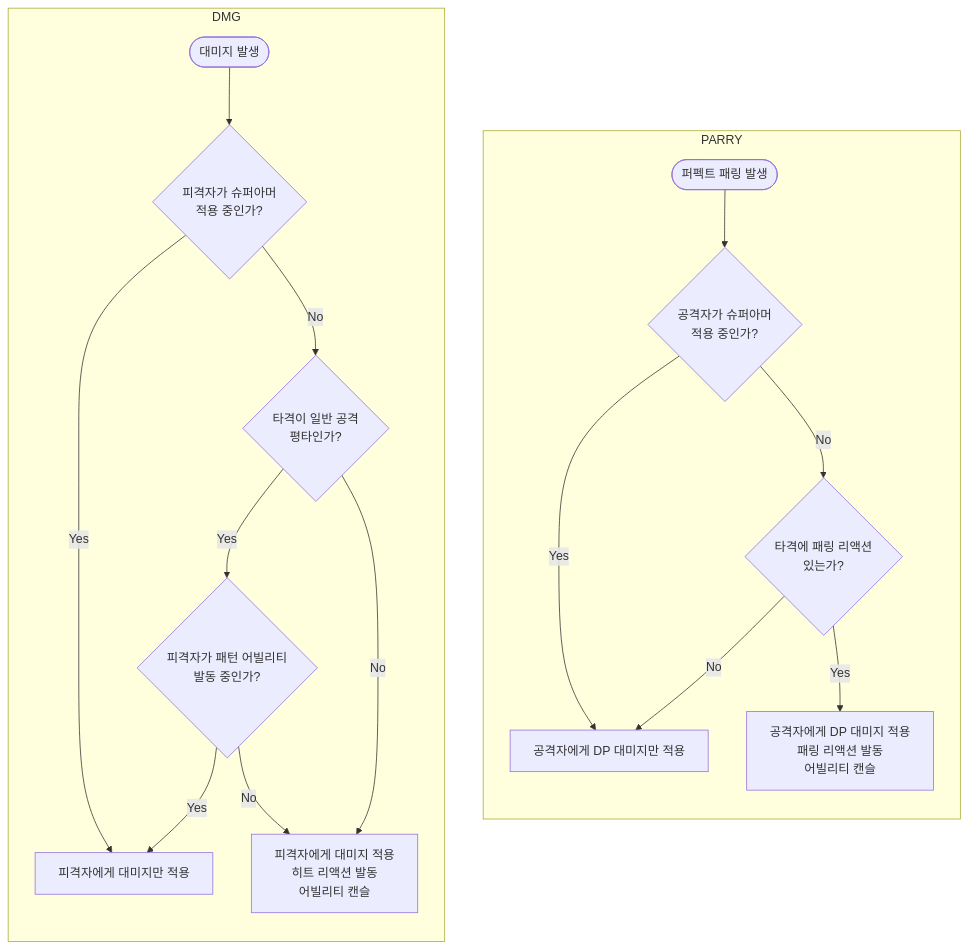
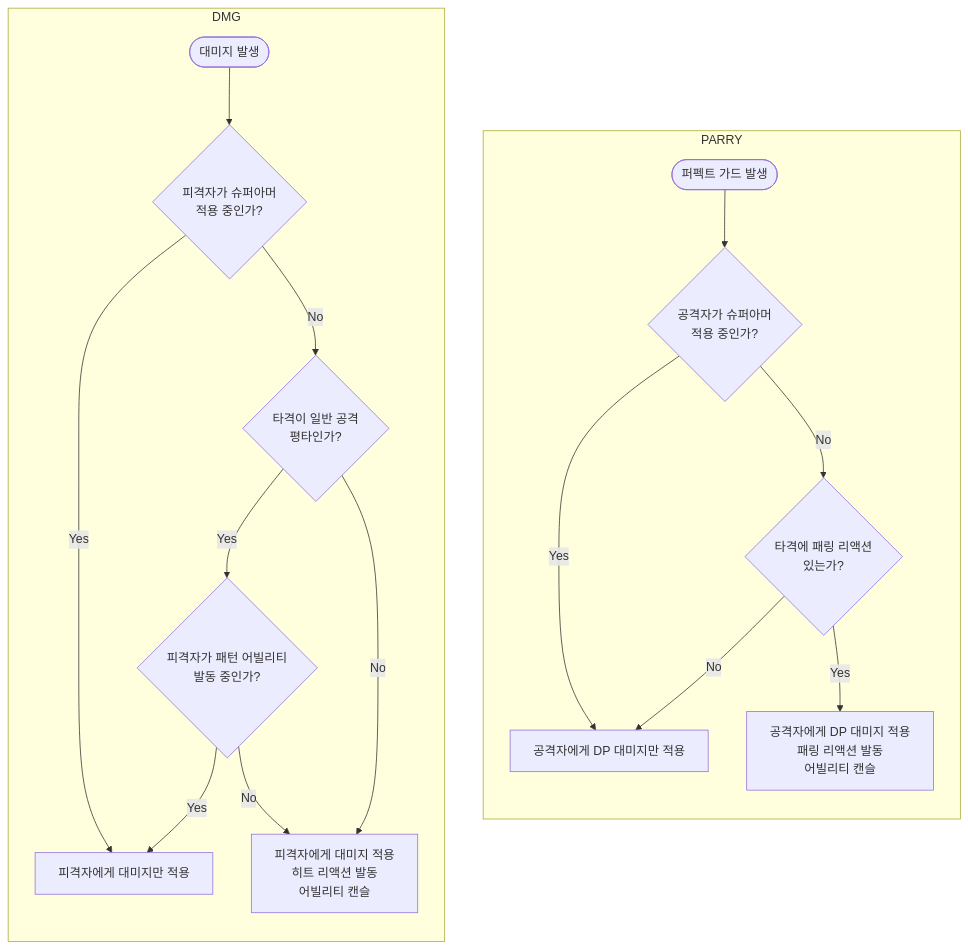
The diagram in Docs/Meeting/hit_react_feedback_2nd.md (Woogl/ProjectWx), drawn with Mermaid before and after one commit.

Commit message:
퍼펙트 가드로 용어 수정

````diff
--- a/Docs/Meeting/hit_react_feedback_2nd.md
+++ b/Docs/Meeting/hit_react_feedback_2nd.md
@@ -122,23 +122,23 @@
 ```mermaid
 flowchart TD
   subgraph PARRY
     direction TD
-    E2([퍼펙트 패링 발생]):::entry --> Q4{공격자가 슈퍼아머<br/>적용 중인가?}:::branch
+    E2([퍼펙트 가드 발생]):::entry --> Q4{공격자가 슈퍼아머<br/>적용 중인가?}:::branch
     Q4 -- Yes --> RD2[공격자에게 DP 대미지만 적용]:::damageOnly
     Q4 -- No --> Q5{타격에 패링 리액션<br/>있는가?}:::branch
     Q5 -- No --> RD2
     Q5 -- Yes --> RP[공격자에게 DP 대미지 적용<br/>패링 리액션 발동<br/>어빌리티 캔슬]:::result
   end
 
 
   subgraph DMG
     direction TD
     E1([대미지 발생]):::entry --> Q1{피격자가 슈퍼아머<br/>적용 중인가?}:::branch
     Q1 -- Yes --> RD1[피격자에게 대미지만 적용]:::damageOnly
     Q1 -- No --> Q2{타격이 일반 공격<br/>평타인가?}:::branch
     Q2 -- Yes --> Q3{피격자가 패턴 어빌리티<br/>발동 중인가?}:::branch
     Q2 -- No --> RH1[피격자에게 대미지 적용<br/>히트 리액션 발동<br/>어빌리티 캔슬]:::result
     Q3 -- Yes --> RD1
     Q3 -- No --> RH1
   end
 ```
````
